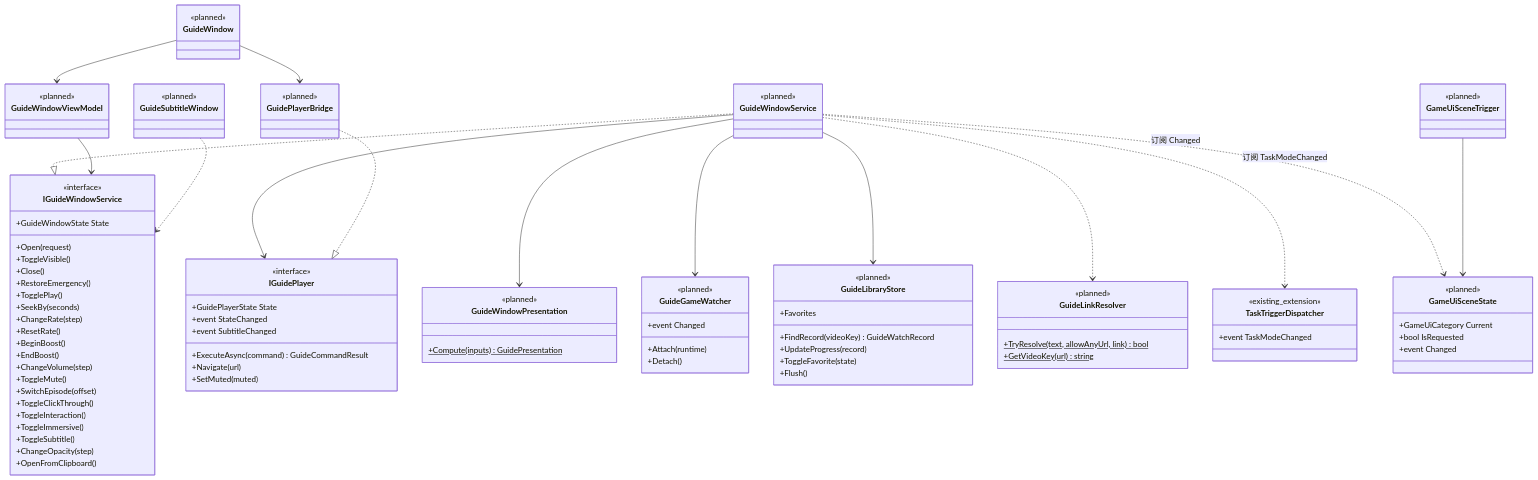
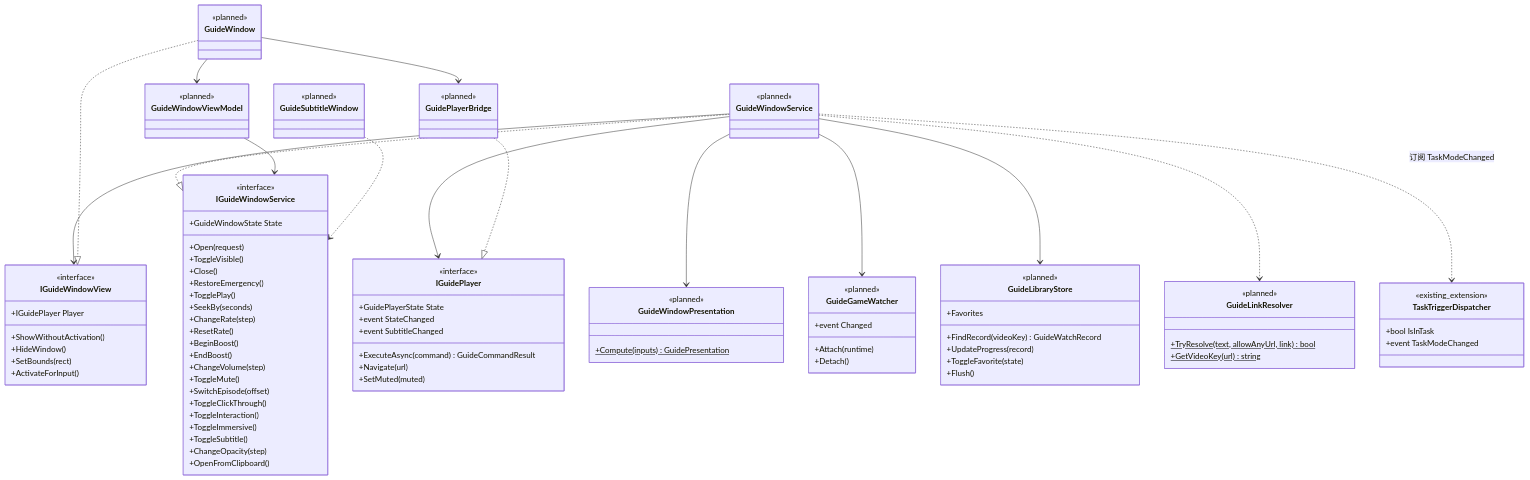
Before and after one commit to babalae/better-genshin-impact: the fourth of 4 diagrams in Docs/design/guide-window.md, drawn with Mermaid. The commit also changed other lines of this file and 45 other files, not shown here.

First line of the commit message:
feat(guide-window): 悬浮小窗（攻略小窗）

```diff
--- a/Docs/design/guide-window.md
+++ b/Docs/design/guide-window.md
@@ -875,16 +870,16 @@
     }
     class TaskTriggerDispatcher {
         <<existing_extension>>
+        +bool IsInTask
         +event TaskModeChanged
     }
-    class GameUiSceneState {
-        <<planned>>
-        +GameUiCategory Current
-        +bool IsRequested
-        +event Changed
-    }
-    class GameUiSceneTrigger {
-        <<planned>>
+    class IGuideWindowView {
+        <<interface>>
+        +IGuidePlayer Player
+        +ShowWithoutActivation()
+        +HideWindow()
+        +SetBounds(rect)
+        +ActivateForInput()
     }
     class GuideWindow {
         <<planned>>
@@ -903,8 +898,8 @@
     GuideWindowService --> GuideLibraryStore
     GuideWindowService ..> GuideLinkResolver
     GuideWindowService ..> TaskTriggerDispatcher : 订阅 TaskModeChanged
-    GuideWindowService ..> GameUiSceneState : 订阅 Changed
-    GameUiSceneTrigger --> GameUiSceneState
+    GuideWindowService --> IGuideWindowView
+    GuideWindow ..|> IGuideWindowView
     GuidePlayerBridge ..|> IGuidePlayer
     GuideWindow --> GuideWindowViewModel
     GuideWindow --> GuidePlayerBridge
```
